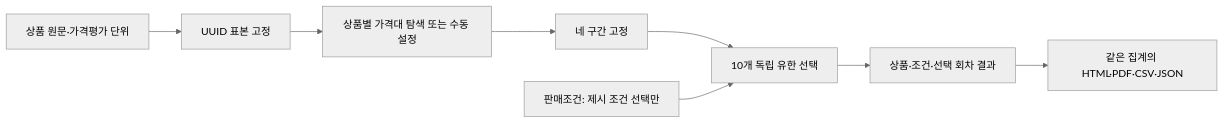
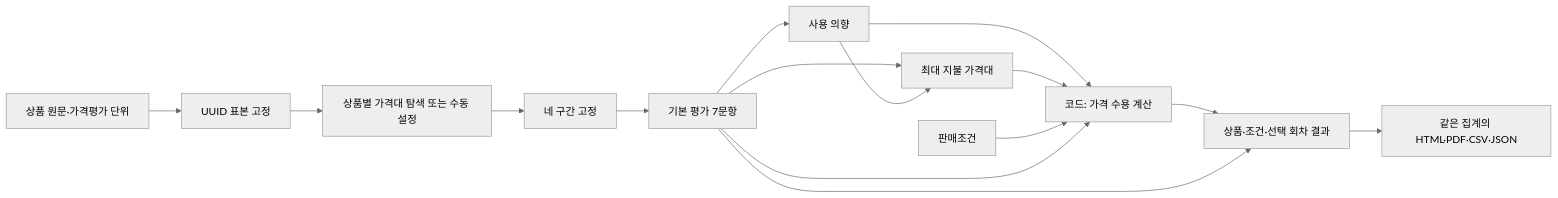
One commit to KimEJ/persona-lab changed the first of 2 diagrams in docs/IMPLEMENTATION.md. Above: the diagram before and after it, drawn with Mermaid (neutral theme). The commit also changed other lines of this file and 62 other files, not shown here.

````diff
--- a/docs/IMPLEMENTATION.md
+++ b/docs/IMPLEMENTATION.md
@@ -3,10 +3,17 @@
 ```mermaid
 flowchart LR
     D["상품 원문·가격평가 단위"] --> S["UUID 표본 고정"]
     S --> P["상품별 가격대 탐색 또는 수동 설정"]
     P --> F["네 구간 고정"]
-    F --> Q["10개 독립 유한 선택"]
-    O["판매조건: 제시 조건 선택만"] --> Q
+    F --> Q["기본 평가 7문항"]
+    Q --> U["사용 의향"]
+    Q --> W["최대 지불 가격대"]
+    U --> W
+    U --> A
+    W --> A
+    O["판매조건"] --> A["코드: 가격 수용 계산"]
+    Q --> A
+    A --> R
     Q --> R["상품·조건·선택 회차 결과"]
     R --> E["같은 집계의 HTML·PDF·CSV·JSON"]
 ```
````
